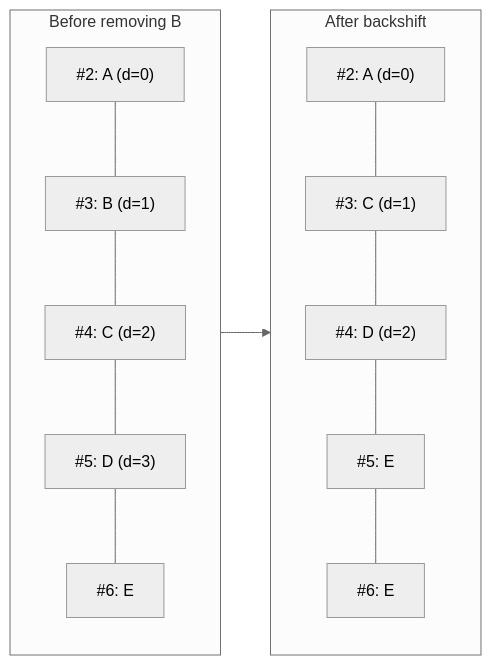
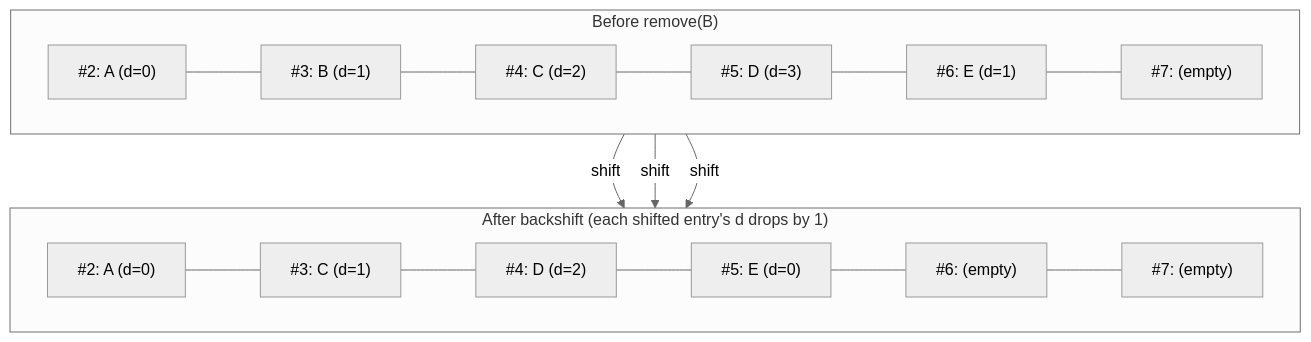
One commit to prosody-events/gabion changed the ninth of 22 diagrams in crates/gabion/CRDT.md. Above: the diagram before and after it, drawn with Mermaid (neutral theme). The commit also changed other lines of this file and 7 other files, not shown here.

````diff
--- a/crates/gabion/CRDT.md
+++ b/crates/gabion/CRDT.md
@@ -526,10 +487,14 @@
 ```mermaid
-graph LR
-  subgraph Before["Before removing B"]
-    a0["#2: A (d=0)"] --- a1["#3: B (d=1)"] --- a2["#4: C (d=2)"] --- a3["#5: D (d=3)"] --- a4["#6: E"]
-  end
-  subgraph After["After backshift"]
-    b0["#2: A (d=0)"] --- b1["#3: C (d=1)"] --- b2["#4: D (d=2)"] --- b3["#5: E"] --- b4["#6: E"]
-  end
-  Before --> After
+flowchart TB
+    subgraph Before["Before remove(B)"]
+        direction LR
+        a0["#2: A (d=0)"] --- a1["#3: B (d=1)"] --- a2["#4: C (d=2)"] --- a3["#5: D (d=3)"] --- a4["#6: E (d=1)"] --- a5["#7: (empty)"]
+    end
+    subgraph After["After backshift (each shifted entry's d drops by 1)"]
+        direction LR
+        b0["#2: A (d=0)"] --- b1["#3: C (d=1)"] --- b2["#4: D (d=2)"] --- b3["#5: E (d=0)"] --- b4["#6: (empty)"] --- b5["#7: (empty)"]
+    end
+    a2 -- shift --> b1
+    a3 -- shift --> b2
+    a4 -- shift --> b3
 ```
````
